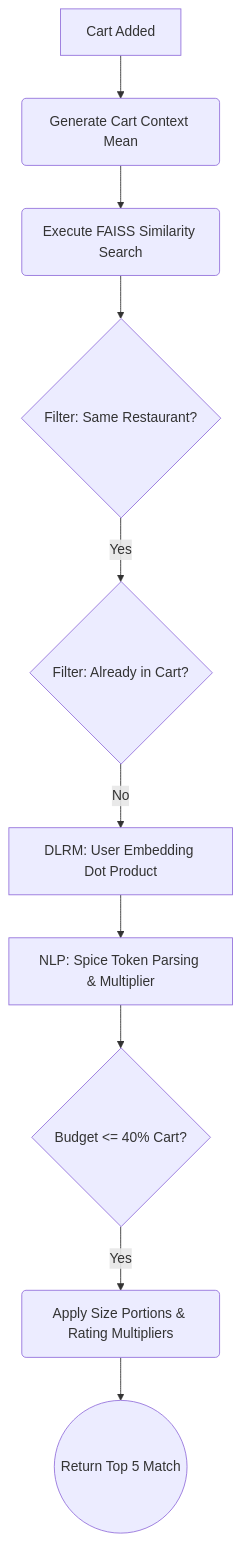
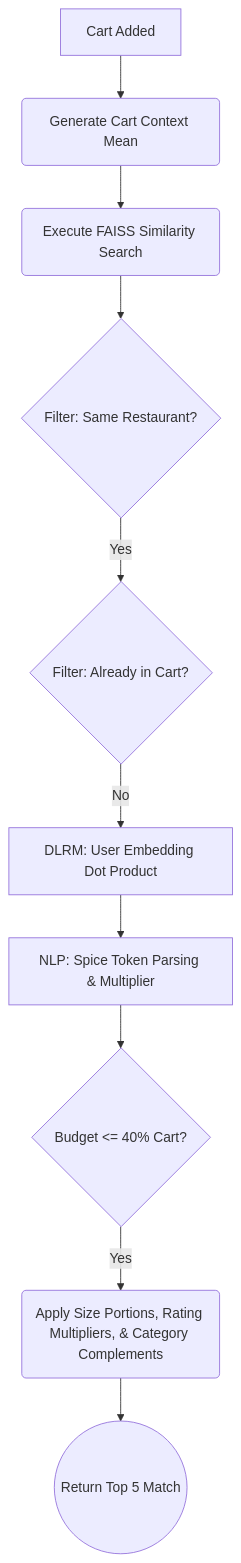
The second of 3 diagrams in README.md (Hemant-Gupta1/Zomathon), drawn with Mermaid before and after one commit. The commit also changed other lines of this file and 1 other file, not shown here.

````diff
--- a/README.md
+++ b/README.md
@@ -95,19 +95,19 @@
 ```mermaid
 graph TD
     %% Stage 1
     A[Cart Added] --> B(Generate Cart Context Mean)
     B --> C(Execute FAISS Similarity Search)
     C --> D{Filter: Same Restaurant?}
     
     %% Stage 2
     D -->|Yes| E{Filter: Already in Cart?}
     
     %% Stage 3
     E -->|No| F[DLRM: User Embedding Dot Product]
     F --> G[NLP: Spice Token Parsing & Multiplier]
     
     %% Stage 4
     G --> H{Budget <= 40% Cart?}
-    H -->|Yes| I(Apply Size Portions & Rating Multipliers)
+    H -->|Yes| I(Apply Size Portions, Rating Multipliers, & Category Complements)
     I --> J((Return Top 5 Match))
 ```
````
